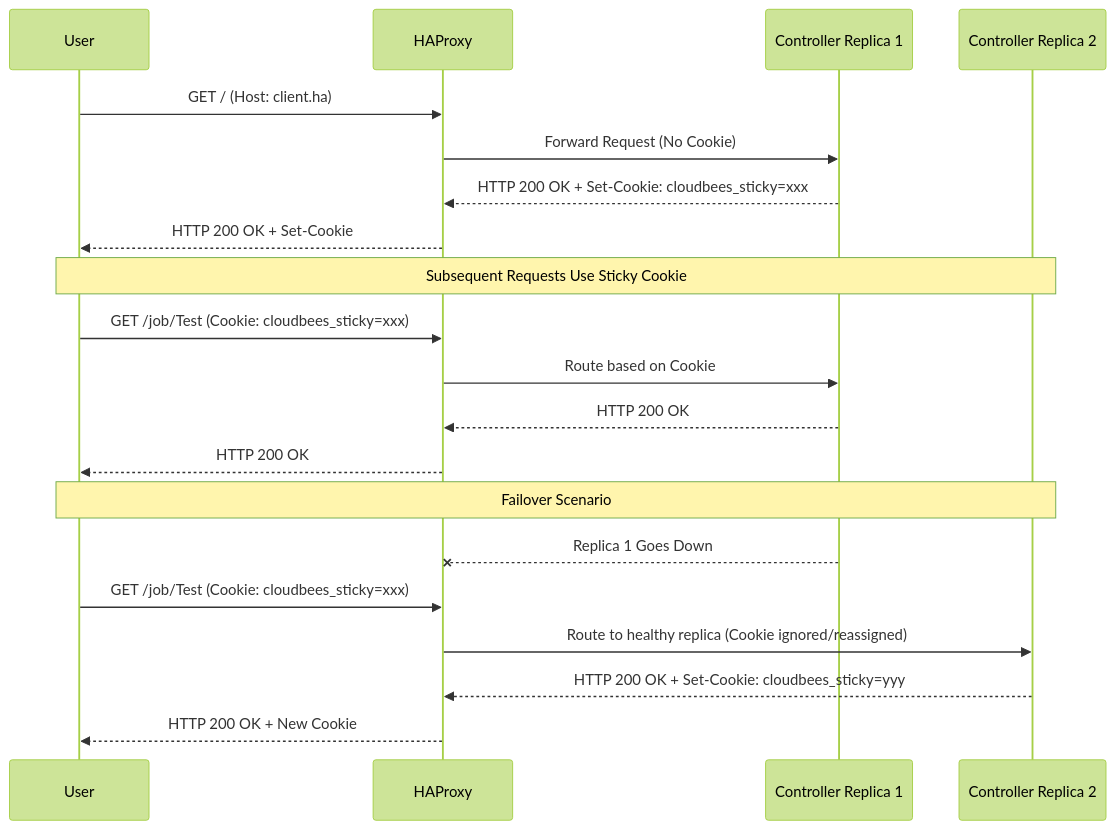
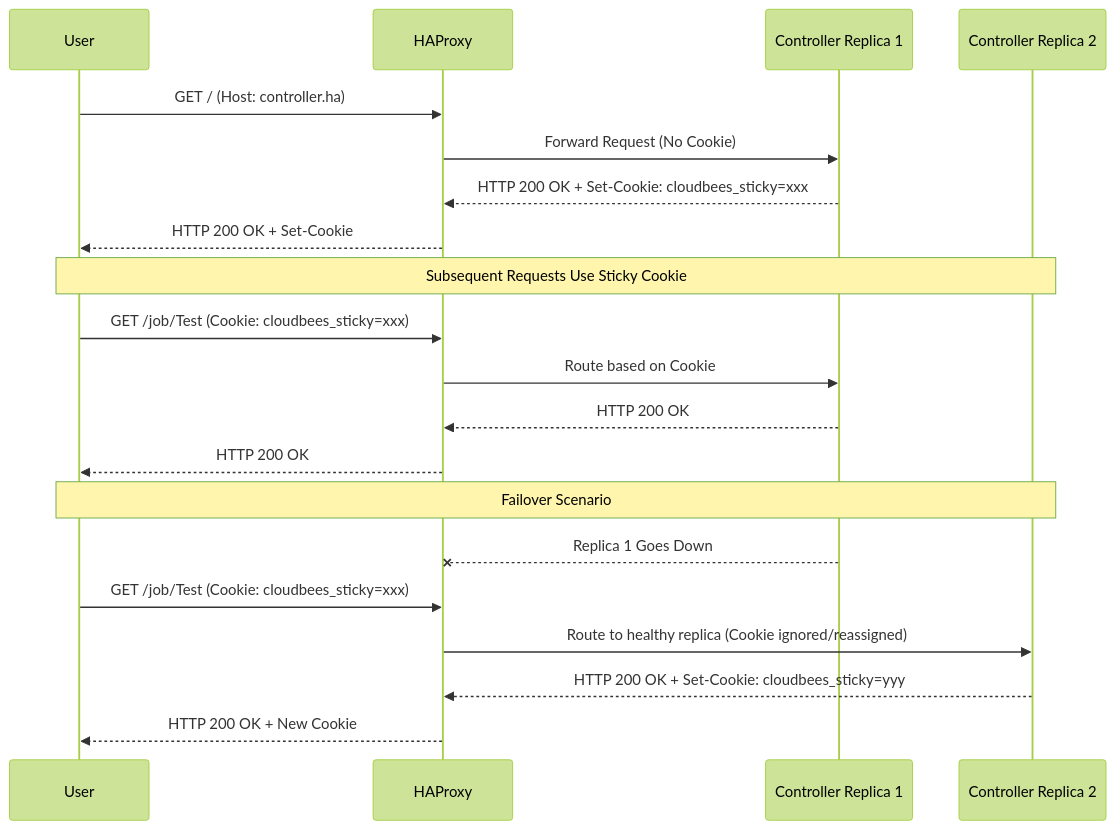
Before and after one commit to cb-ci/ci-traditional-ha: the third of 3 diagrams in README.md, drawn with Mermaid (forest theme). The commit also changed other lines of this file and 23 other files, not shown here.

Commit message:
feat: Implement SSL/HAProxy configuration, introduce new CaSC bundles for CJOC and controller instances, and update environment setup scripts.

````diff
--- a/README.md
+++ b/README.md
@@ -85,27 +85,27 @@
 ```mermaid
 sequenceDiagram
     participant User
     participant HAProxy
     participant Replica1 as Controller Replica 1
     participant Replica2 as Controller Replica 2
     
-    User->>HAProxy: GET / (Host: client.ha)
+    User->>HAProxy: GET / (Host: controller.ha)
     HAProxy->>Replica1: Forward Request (No Cookie)
     Replica1-->>HAProxy: HTTP 200 OK + Set-Cookie: cloudbees_sticky=xxx
     HAProxy-->>User: HTTP 200 OK + Set-Cookie
     
     Note over User,Replica2: Subsequent Requests Use Sticky Cookie
     
     User->>HAProxy: GET /job/Test (Cookie: cloudbees_sticky=xxx)
     HAProxy->>Replica1: Route based on Cookie
     Replica1-->>HAProxy: HTTP 200 OK
     HAProxy-->>User: HTTP 200 OK
     
     Note over User,Replica2: Failover Scenario
     
     Replica1--xHAProxy: Replica 1 Goes Down
     User->>HAProxy: GET /job/Test (Cookie: cloudbees_sticky=xxx)
     HAProxy->>Replica2: Route to healthy replica (Cookie ignored/reassigned)
     Replica2-->>HAProxy: HTTP 200 OK + Set-Cookie: cloudbees_sticky=yyy
     HAProxy-->>User: HTTP 200 OK + New Cookie
 ```
````
